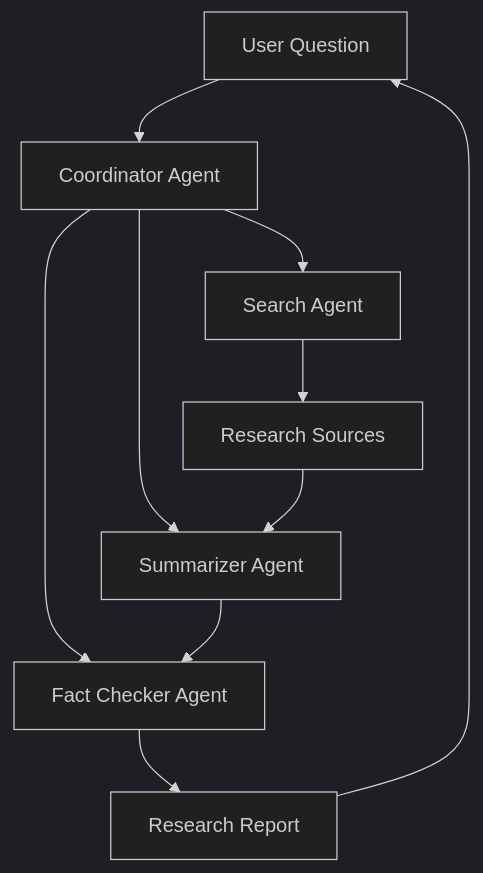
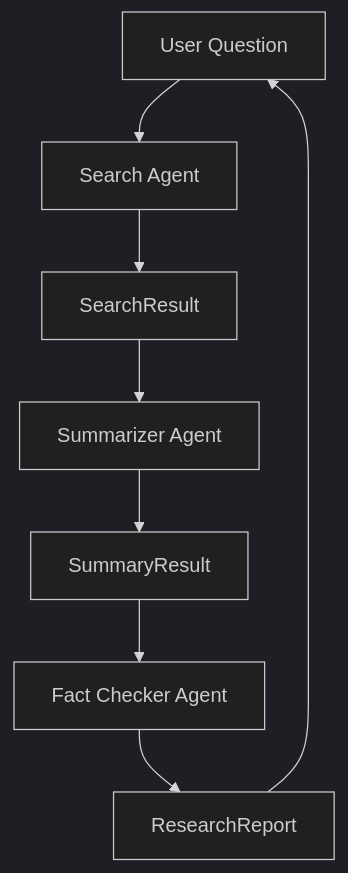
One commit to gtaltou/autonomous-ai-agents-hub changed the diagram in projects/research-assistant/README.md. Above: the diagram before and after it, drawn with Mermaid (dark theme). The commit also changed other lines of this file and 1 other file, not shown here.

````diff
--- a/projects/research-assistant/README.md
+++ b/projects/research-assistant/README.md
@@ -33,21 +35,19 @@
 ```mermaid
 flowchart TD
 
     User[User Question]
 
-    User --> Coordinator[Coordinator Agent]
+    User --> Search[Search Agent]
 
-    Coordinator --> Search[Search Agent]
-    Coordinator --> Summary[Summarizer Agent]
-    Coordinator --> FactCheck[Fact Checker Agent]
+    Search --> SearchResult[SearchResult]
 
-    Search --> Sources[Research Sources]
+    SearchResult --> Summarizer[Summarizer Agent]
 
-    Sources --> Summary
+    Summarizer --> SummaryResult[SummaryResult]
 
-    Summary --> FactCheck
+    SummaryResult --> FactChecker[Fact Checker Agent]
 
-    FactCheck --> Report[Research Report]
+    FactChecker --> ResearchReport[ResearchReport]
 
-    Report --> User
+    ResearchReport --> User
 ```
````
